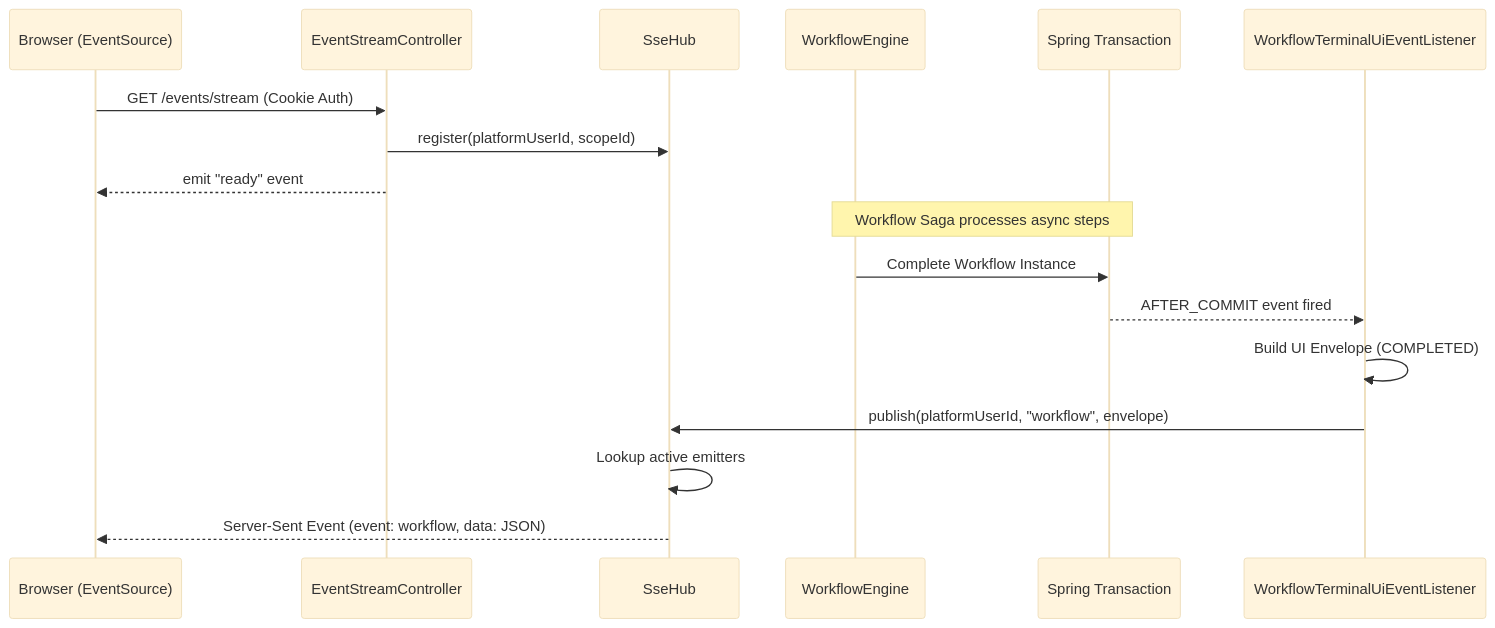
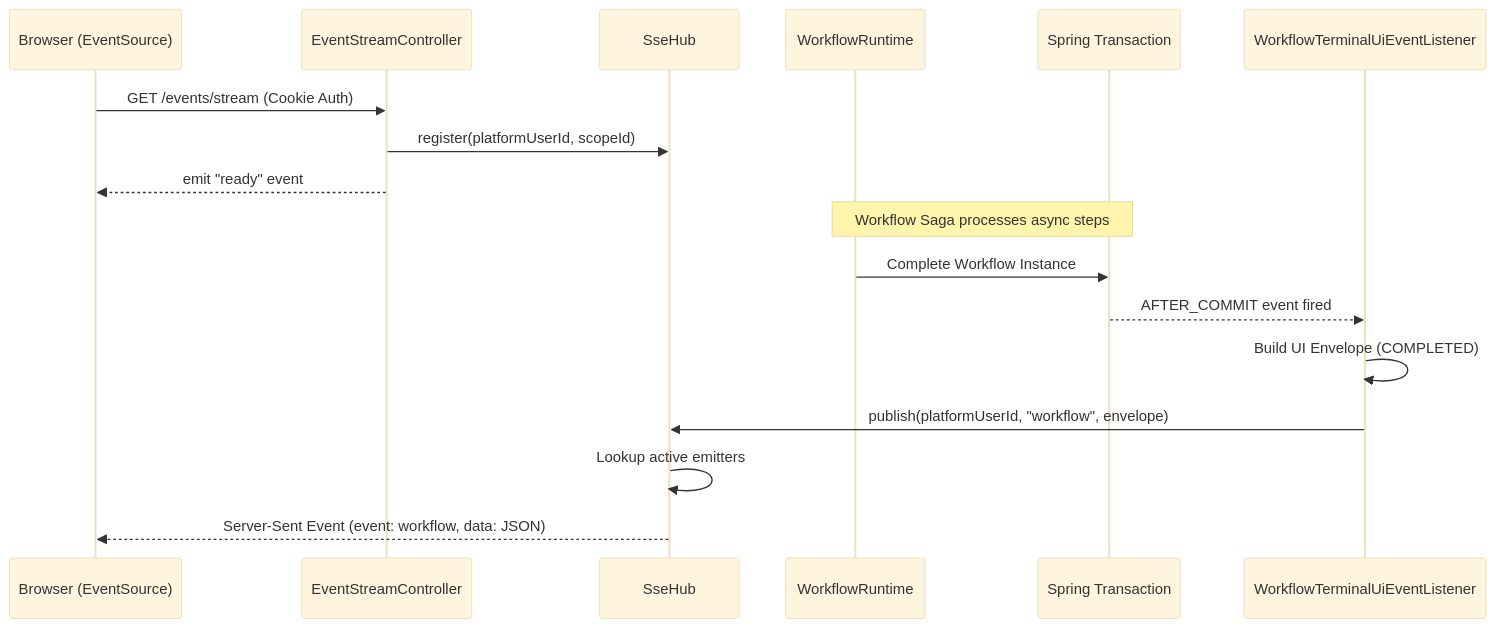
One commit to khinemyaezin/grab changed the fourth of 4 diagrams in docs/spec/system/ui-event-stream-tech-spec.md. Above: the diagram before and after it, drawn with Mermaid (base theme). The commit also changed 139 other files, not shown here.

````diff
--- a/docs/spec/system/ui-event-stream-tech-spec.md
+++ b/docs/spec/system/ui-event-stream-tech-spec.md
@@ -120,22 +120,22 @@
 ```mermaid
 sequenceDiagram
     participant UI as Browser (EventSource)
     participant Ctrl as EventStreamController
     participant Hub as SseHub
-    participant W as WorkflowEngine
+    participant W as WorkflowRuntime
     participant Tx as Spring Transaction
     participant L as WorkflowTerminalUiEventListener
 
     UI->>Ctrl: GET /events/stream (Cookie Auth)
     Ctrl->>Hub: register(platformUserId, scopeId)
     Ctrl-->>UI: emit "ready" event
 
     Note over W,Tx: Workflow Saga processes async steps
 
     W->>Tx: Complete Workflow Instance
     Tx-->>L: AFTER_COMMIT event fired
     L->>L: Build UI Envelope (COMPLETED)
     L->>Hub: publish(platformUserId, "workflow", envelope)
     Hub->>Hub: Lookup active emitters
     Hub-->>UI: Server-Sent Event (event: workflow, data: JSON)
 ```
````
